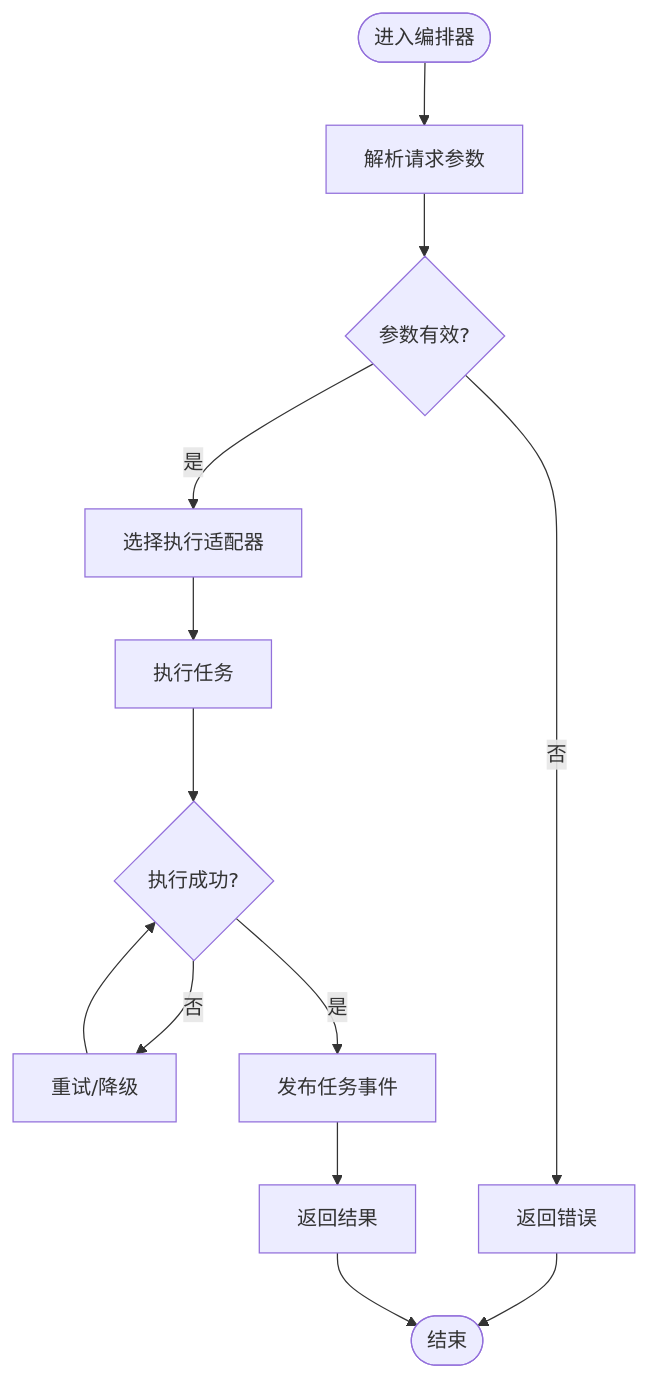
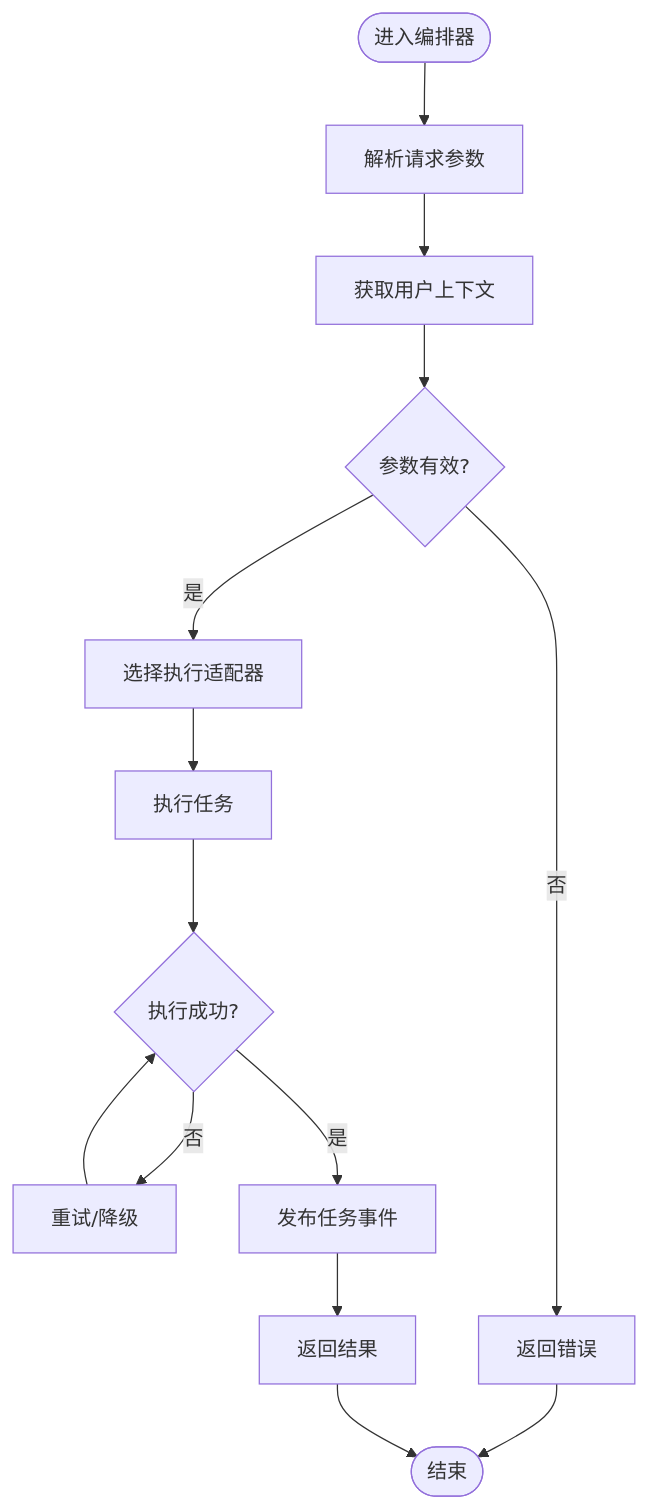
The fourth of 10 diagrams in .qoder/repowiki/zh/content/核心组件/双服务器架构.md (Maki3991/study-PactLedger), drawn with Mermaid before and after one commit. The commit also changed other lines of this file and 15 other files, not shown here.

````diff
--- a/.qoder/repowiki/zh/content/核心组件/双服务器架构.md
+++ b/.qoder/repowiki/zh/content/核心组件/双服务器架构.md
@@ -221,15 +279,16 @@
 ```mermaid
 flowchart TD
 Start(["进入编排器"]) --> Parse["解析请求参数"]
-Parse --> Validate{"参数有效?"}
+Parse --> GetCtx["获取用户上下文"]
+GetCtx --> Validate{"参数有效?"}
 Validate --> |否| Err["返回错误"]
 Validate --> |是| Select["选择执行适配器"]
 Select --> Execute["执行任务"]
 Execute --> Status{"执行成功?"}
 Status --> |否| Retry["重试/降级"]
 Retry --> Status
 Status --> |是| Publish["发布任务事件"]
 Publish --> Return["返回结果"]
 Err --> End(["结束"])
 Return --> End
 ```
````
